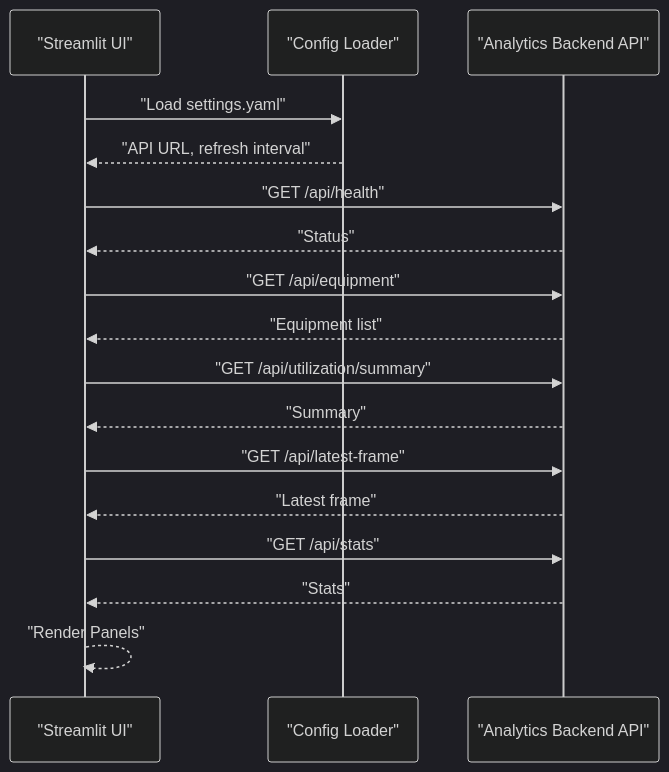
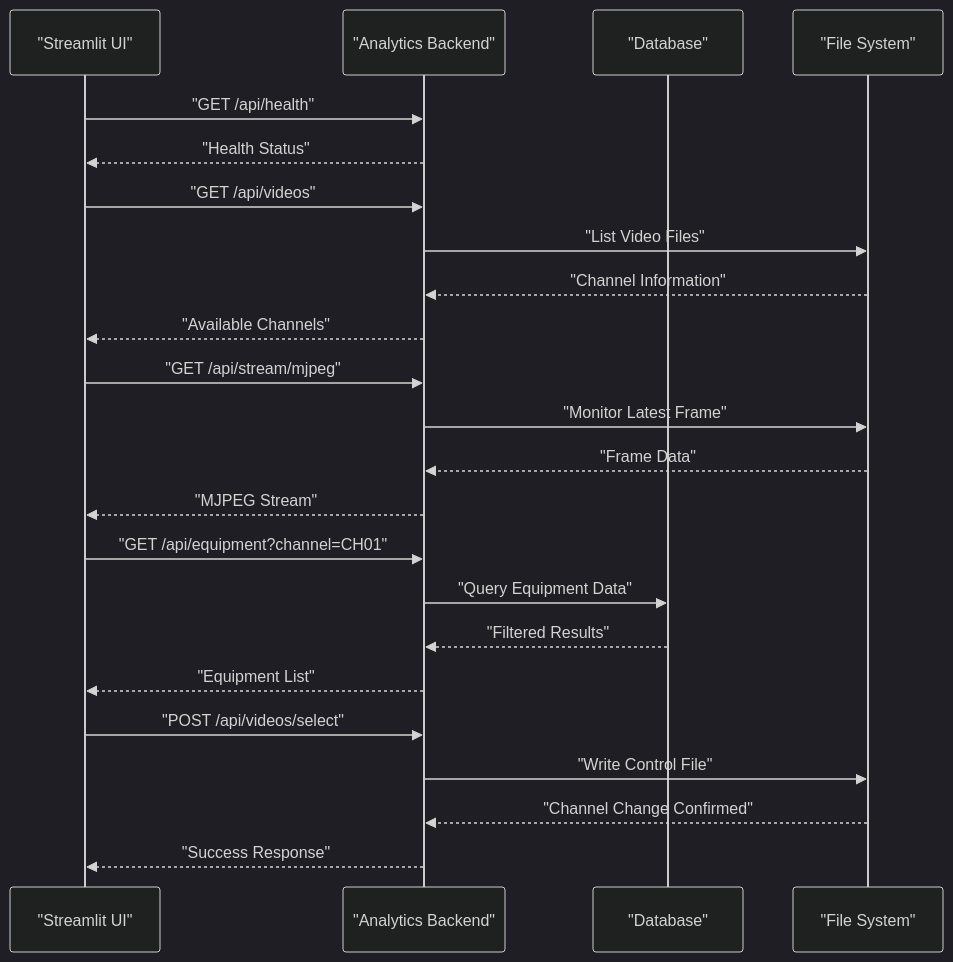
The sixth of 7 diagrams in .qoder/repowiki/en/content/Microservices Architecture/Microservices Architecture.md (Azzoz-189/construction-equipment-monitoring), drawn with Mermaid (dark theme) before and after one commit. The commit also changed other lines of this file and 6 other files, not shown here.

````diff
--- a/.qoder/repowiki/en/content/Microservices Architecture/Microservices Architecture.md
+++ b/.qoder/repowiki/en/content/Microservices Architecture/Microservices Architecture.md
@@ -282,19 +361,25 @@
 ```mermaid
 sequenceDiagram
 participant UI as "Streamlit UI"
-participant CFG as "Config Loader"
-participant API as "Analytics Backend API"
-UI->>CFG : "Load settings.yaml"
-CFG-->>UI : "API URL, refresh interval"
+participant API as "Analytics Backend"
+participant DB as "Database"
+participant FS as "File System"
 UI->>API : "GET /api/health"
-API-->>UI : "Status"
-UI->>API : "GET /api/equipment"
-API-->>UI : "Equipment list"
-UI->>API : "GET /api/utilization/summary"
-API-->>UI : "Summary"
-UI->>API : "GET /api/latest-frame"
-API-->>UI : "Latest frame"
-UI->>API : "GET /api/stats"
-API-->>UI : "Stats"
-UI-->>UI : "Render Panels"
+API-->>UI : "Health Status"
+UI->>API : "GET /api/videos"
+API->>FS : "List Video Files"
+FS-->>API : "Channel Information"
+API-->>UI : "Available Channels"
+UI->>API : "GET /api/stream/mjpeg"
+API->>FS : "Monitor Latest Frame"
+FS-->>API : "Frame Data"
+API-->>UI : "MJPEG Stream"
+UI->>API : "GET /api/equipment?channel=CH01"
+API->>DB : "Query Equipment Data"
+DB-->>API : "Filtered Results"
+API-->>UI : "Equipment List"
+UI->>API : "POST /api/videos/select"
+API->>FS : "Write Control File"
+FS-->>API : "Channel Change Confirmed"
+API-->>UI : "Success Response"
 ```
````
